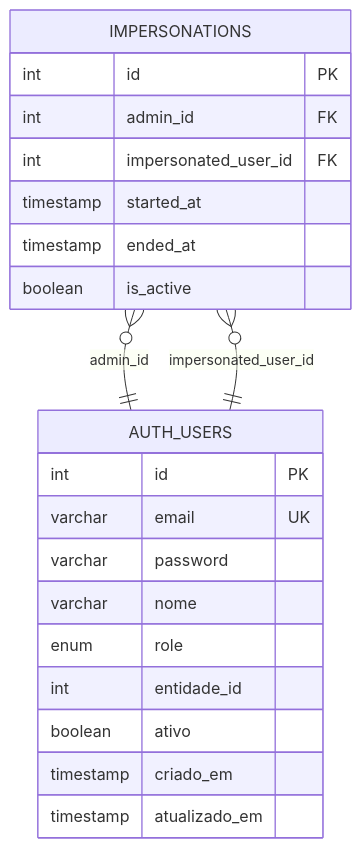
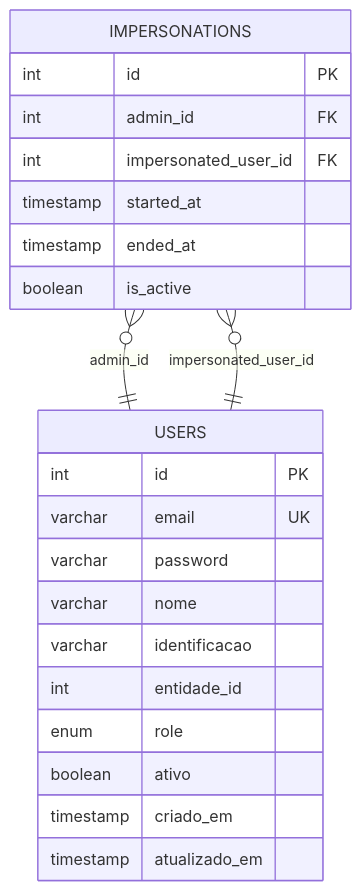
Diagram 11 of 12 in .qoder/repowiki/en/content/Authentication & Authorization System/Authentication & Authorization System.md (luiseduacosta/nodemural), drawn with Mermaid before and after one commit. The commit also changed other lines of this file and 16 other files, not shown here.

````diff
--- a/.qoder/repowiki/en/content/Authentication & Authorization System/Authentication & Authorization System.md
+++ b/.qoder/repowiki/en/content/Authentication & Authorization System/Authentication & Authorization System.md
@@ -623,24 +632,25 @@
 ```mermaid
 erDiagram
-AUTH_USERS {
+USERS {
 int id PK
 varchar email UK
 varchar password
 varchar nome
+varchar identificacao
+int entidade_id
 enum role
-int entidade_id
 boolean ativo
 timestamp criado_em
 timestamp atualizado_em
 }
 IMPERSONATIONS {
 int id PK
 int admin_id FK
 int impersonated_user_id FK
 timestamp started_at
 timestamp ended_at
 boolean is_active
 }
-IMPERSONATIONS }o--|| AUTH_USERS : "admin_id"
-IMPERSONATIONS }o--|| AUTH_USERS : "impersonated_user_id"
+IMPERSONATIONS }o--|| USERS : "admin_id"
+IMPERSONATIONS }o--|| USERS : "impersonated_user_id"
 ```
````
